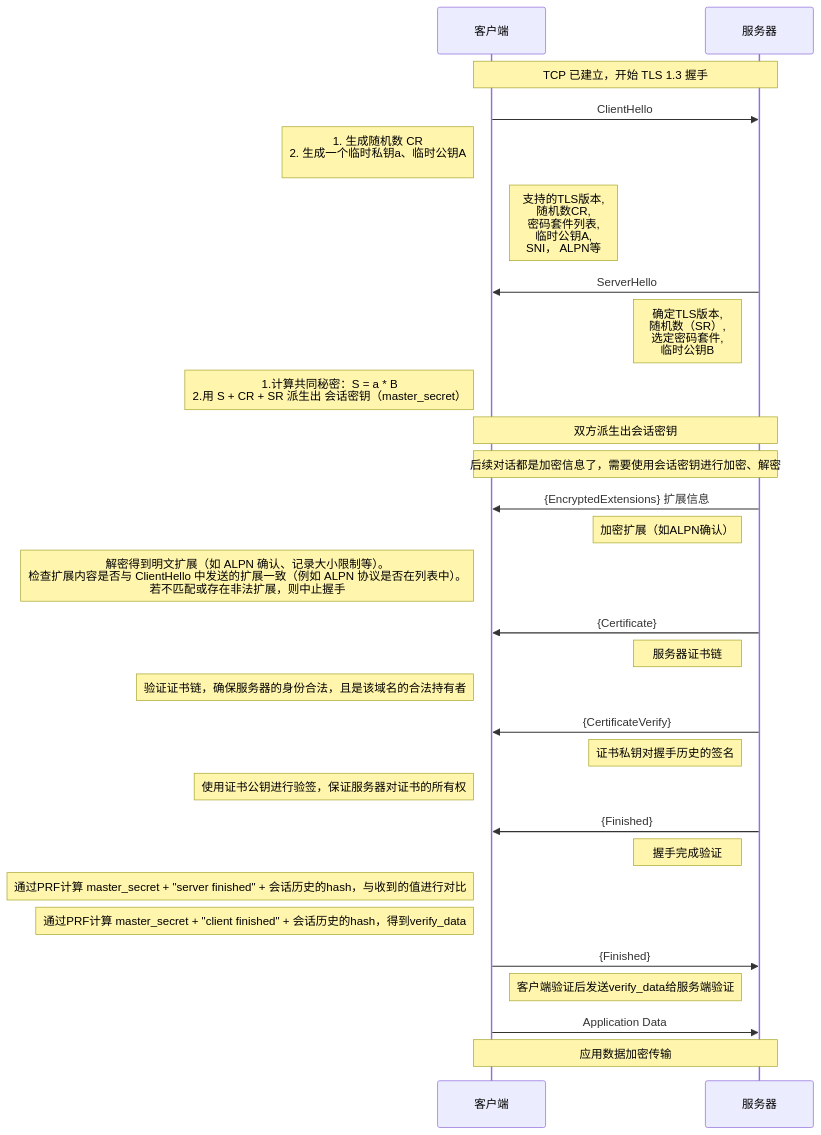
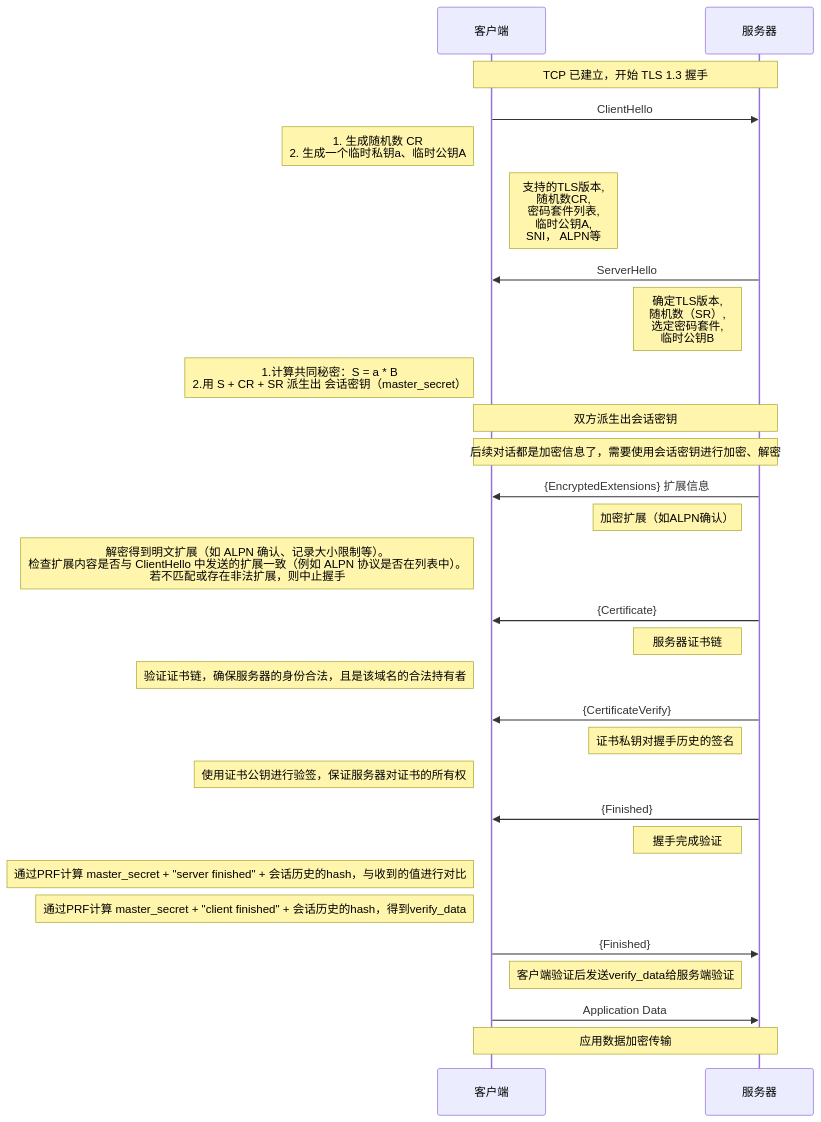
One commit to HY-10-8/iodraw-files changed the diagram in all/TLS-1.3-通用.md. Above: the diagram before and after it, drawn with Mermaid.

Commit message:
2026-03-31 10:25:22 update

````diff
--- a/all/TLS-1.3-通用.md
+++ b/all/TLS-1.3-通用.md
@@ -1,41 +1,41 @@
 ```mermaid
 sequenceDiagram
     participant C as 客户端
     participant S as 服务器
 
     Note over C,S: TCP 已建立，开始 TLS 1.3 握手
 
     C->>S: ClientHello
-    Note left of C: 1. 生成随机数 CR<br/> 2. 生成一个临时私钥a、临时公钥A<br/>
+    Note left of C: 1. 生成随机数 CR<br/> 2. 生成一个临时私钥a、临时公钥A
     Note right of C: 支持的TLS版本,<br/> 随机数CR,<br/> 密码套件列表,<br/> 临时公钥A,<br/> SNI， ALPN等
 
     S->>C: ServerHello
     Note left of S: 确定TLS版本, <br/>随机数（SR）,<br/> 选定密码套件, <br/>临时公钥B
     Note left of C: 1.计算共同秘密：S = a * B<br/> 2.用 S + CR + SR 派生出 会话密钥（master_secret）
 
     Note over C,S: 双方派生出会话密钥
     Note over C,S: 后续对话都是加密信息了，需要使用会话密钥进行加密、解密
 
     S->>C: {EncryptedExtensions} 扩展信息
     Note left of S: 加密扩展（如ALPN确认）
     Note left of C: 解密得到明文扩展（如 ALPN 确认、记录大小限制等）。<br/>检查扩展内容是否与 ClientHello 中发送的扩展一致（例如 ALPN 协议是否在列表中）。<br/> 若不匹配或存在非法扩展，则中止握手
 
     S->>C: {Certificate}
     Note left of S: 服务器证书链
     Note left of C: 验证证书链，确保服务器的身份合法，且是该域名的合法持有者
 
     S->>C: {CertificateVerify}
     Note left of S: 证书私钥对握手历史的签名
     Note left of C: 使用证书公钥进行验签，保证服务器对证书的所有权
 
     S->>C: {Finished}
     Note left of S: 握手完成验证
     Note left of C: 通过PRF计算 master_secret + "server finished" + 会话历史的hash，与收到的值进行对比
     Note left of C: 通过PRF计算 master_secret + "client finished" + 会话历史的hash，得到verify_data
 
     C->>S: {Finished}
     Note right of C: 客户端验证后发送verify_data给服务端验证
 
     C->>S: Application Data
     Note over C,S: 应用数据加密传输
 ```
````
